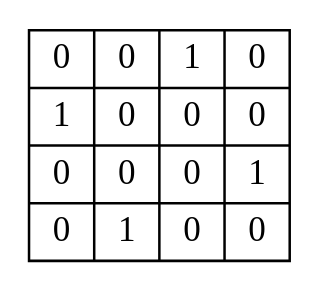
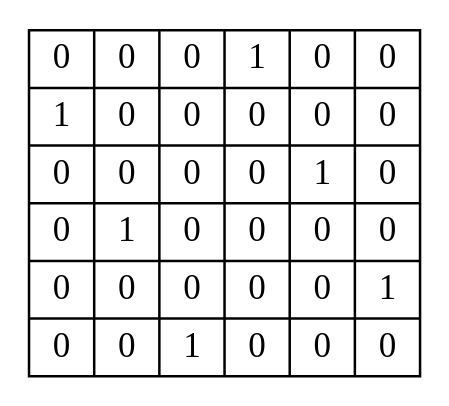
Before and after one commit to CSUNSA1704250/parallel-nqueens-problem-omp: the diagram in graph.dot, drawn with Graphviz. The commit also changed 2 other files, not shown here.

```diff
--- a/graph.dot
+++ b/graph.dot
@@ -1,4 +1,4 @@
 digraph structs {
     node [shape=record];
-     struct3 [label="{ { 0|0|1|0 } | { 1|0|0|0 } | { 0|0|0|1 } | { 0|1|0|0 } }"];
+     struct3 [label="{ { 0|0|0|1|0|0 } | { 1|0|0|0|0|0 } | { 0|0|0|0|1|0 } | { 0|1|0|0|0|0 } | { 0|0|0|0|0|1 } | { 0|0|1|0|0|0 } }"];
  }
```
